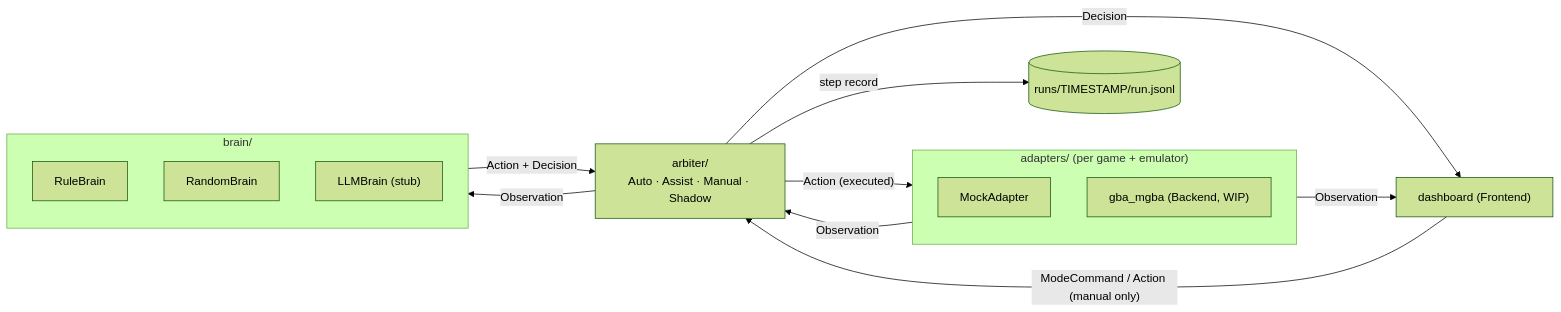
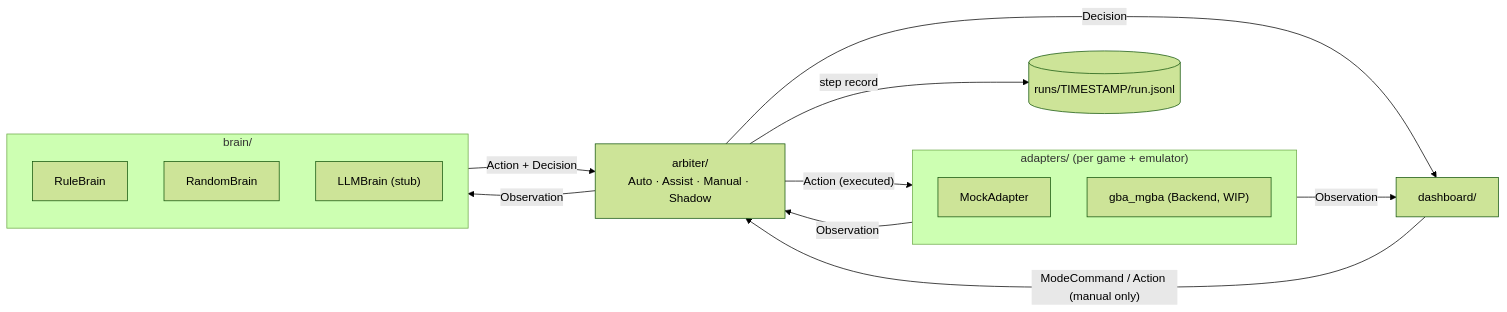
One commit to stevetsang852/game-brain changed the diagram in README.md. Above: the diagram before and after it, drawn with Mermaid (forest theme). The commit also changed other lines of this file and 9 other files, not shown here.

````diff
--- a/README.md
+++ b/README.md
@@ -17,24 +17,24 @@
 ```mermaid
 flowchart LR
     subgraph Adapter["adapters/ (per game + emulator)"]
         MOCK[MockAdapter]
         MGBA["gba_mgba (Backend, WIP)"]
     end
     subgraph Brains["brain/"]
         RB[RuleBrain]
         RND[RandomBrain]
         LLM["LLMBrain (stub)"]
     end
     ARB["arbiter/<br/>Auto · Assist · Manual · Shadow"]
     LOG[("runs/TIMESTAMP/run.jsonl")]
-    DASH["dashboard (Frontend)"]
+    DASH["dashboard/"]
 
     Adapter -- Observation --> ARB
     ARB -- Observation --> Brains
     Brains -- "Action + Decision" --> ARB
     ARB -- "Action (executed)" --> Adapter
     ARB -- step record --> LOG
     Adapter -- Observation --> DASH
     ARB -- Decision --> DASH
     DASH -- "ModeCommand / Action (manual only)" --> ARB
 ```
````
